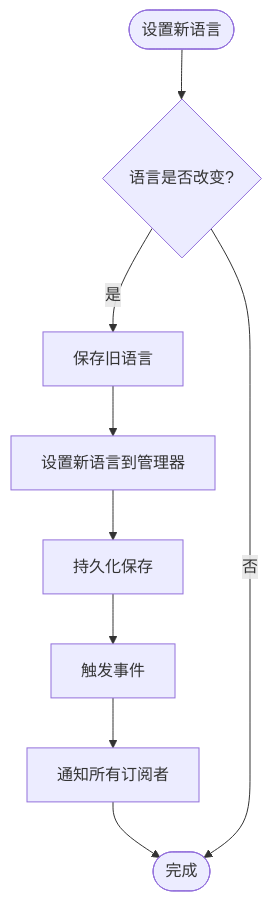
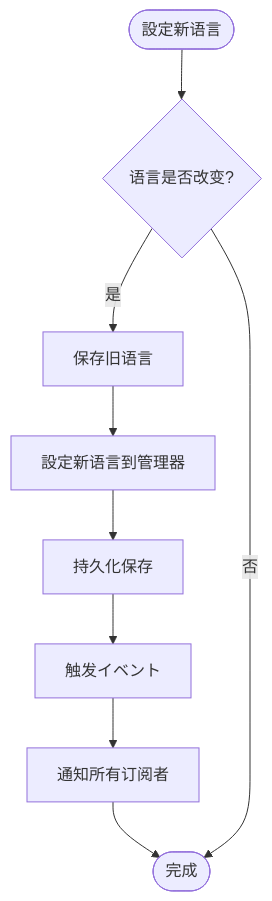
One commit to AlianBlank/GameFrameX.Docs changed the fourth of 5 diagrams in docs/ja/client/unity/component/localization/01.overview.md. Above: the diagram before and after it, drawn with Mermaid. The commit also changed other lines of this file and 603 other files, not shown here.

````diff
--- a/docs/ja/client/unity/component/localization/01.overview.md
+++ b/docs/ja/client/unity/component/localization/01.overview.md
@@ -156,13 +156,13 @@
 ```mermaid
 flowchart TD
-    Start([设置新语言]) --> Check{语言是否改变?}
+    Start([設定新语言]) --> Check{语言是否改变?}
     
     Check -->|是| SaveOld[保存旧语言]
-    SaveOld --> SetNew[设置新语言到管理器]
+    SaveOld --> SetNew[設定新语言到管理器]
     SetNew --> Persist[持久化保存]
-    Persist --> Fire[触发事件]
+    Persist --> Fire[触发イベント]
     Fire --> Notify[通知所有订阅者]
     Notify --> End([完成])
     
     Check -->|否| End
 ```
````
